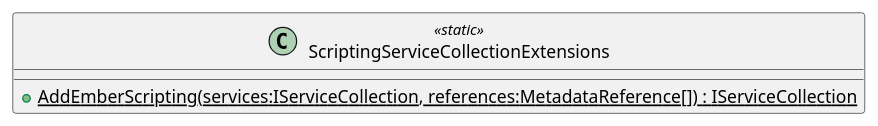
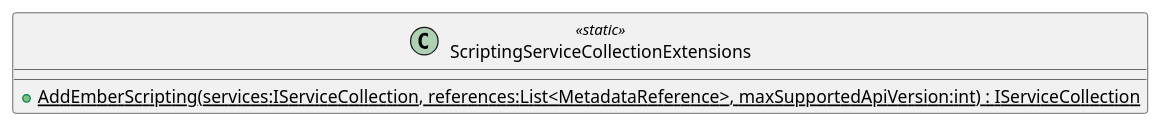
Before and after one commit to conrad-gilles/Scripting-Proof-of-Concept: the diagram in diagrams/scripting/src/ScriptingServiceCollectionExtensions.puml, drawn with PlantUML. The commit also changed 19 other files, not shown here.

```diff
--- a/diagrams/scripting/src/ScriptingServiceCollectionExtensions.puml
+++ b/diagrams/scripting/src/ScriptingServiceCollectionExtensions.puml
@@ -1,5 +1,5 @@
 @startuml
 class ScriptingServiceCollectionExtensions <<static>> {
-    + {static} AddEmberScripting(services:IServiceCollection, references:MetadataReference[]) : IServiceCollection
+    + {static} AddEmberScripting(services:IServiceCollection, references:List<MetadataReference>, maxSupportedApiVersion:int) : IServiceCollection
 }
 @enduml
```
